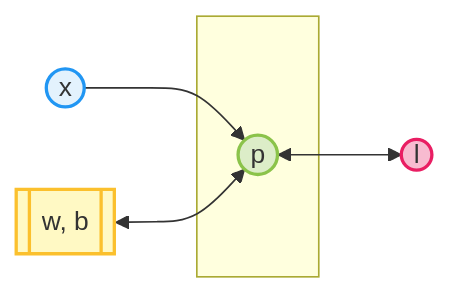
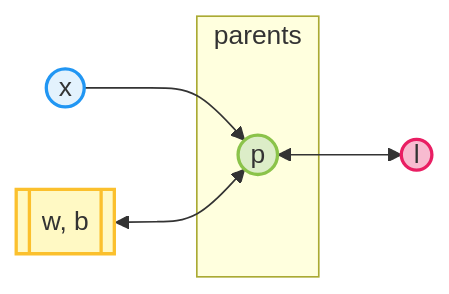
One commit to teenytinynn/from-neuron-to-chat changed the diagram in mermaid-scripts/02-compu-graph.mmd. Above: the diagram before and after it, drawn with Mermaid. The commit also changed 5 other files, not shown here.

```diff
--- a/mermaid-scripts/02-compu-graph.mmd
+++ b/mermaid-scripts/02-compu-graph.mmd
@@ -1,13 +1,13 @@
 flowchart LR
     classDef in fill:#E3F2FD,stroke:#2196F3,stroke-width:2px;
     classDef model fill:#FFF9C4,stroke:#FBC02D,stroke-width:2px;
     classDef data fill:#E1BEE7,stroke:#9C27B0,stroke-width:2px;
     classDef test fill:#F8BBD0,stroke:#E91E63,stroke-width:2px;
     classDef out fill:#DCEDC8,stroke:#8BC34A,stroke-width:2px;
     classDef skip stroke:#B0BEC5,stroke-width:2px,stroke-dasharray: 5 5;
 
-    subgraph " "
+    subgraph "parents"
         P((p)):::out
     end
     X((x)):::in --> P <--> L((l)):::test
     W[[w, b]]:::model <--> P
```
